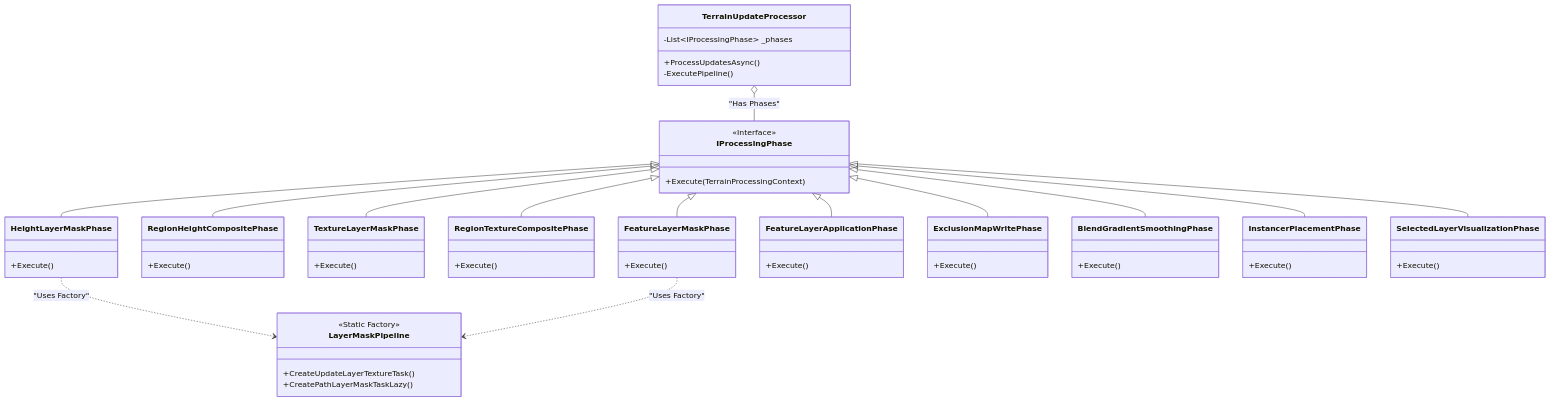
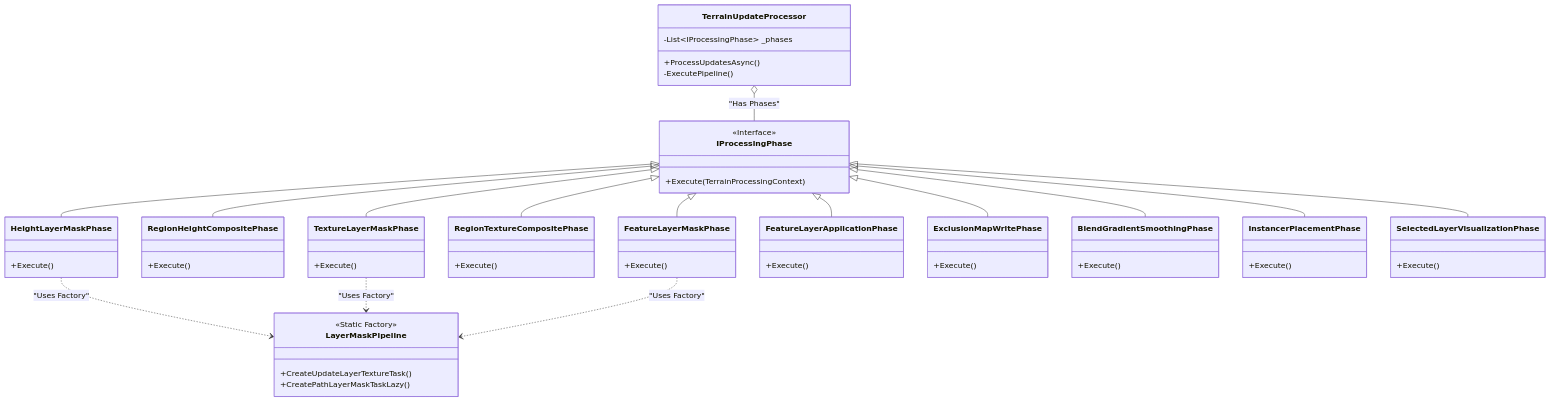
The third of 5 diagrams in UML_ARCHITECTURE.md (OldGnuts/Terrain3D_Layer_Tool), drawn with Mermaid before and after one commit. The commit also changed other lines of this file, not shown here.

````diff
--- a/UML_ARCHITECTURE.md
+++ b/UML_ARCHITECTURE.md
@@ -142,48 +160,49 @@
 ```mermaid
 classDiagram
     class TerrainUpdateProcessor {
         -List~IProcessingPhase~ _phases
         +ProcessUpdatesAsync()
         -ExecutePipeline()
     }
 
     class IProcessingPhase {
         <<Interface>>
         +Execute(TerrainProcessingContext)
     }
 
     %% --- The 10 Phases ---
     class HeightLayerMaskPhase { +Execute() }
     class RegionHeightCompositePhase { +Execute() }
     class TextureLayerMaskPhase { +Execute() }
     class RegionTextureCompositePhase { +Execute() }
     class FeatureLayerMaskPhase { +Execute() }
     class FeatureLayerApplicationPhase { +Execute() }
     class ExclusionMapWritePhase { +Execute() }
     class BlendGradientSmoothingPhase { +Execute() }
     class InstancerPlacementPhase { +Execute() }
     class SelectedLayerVisualizationPhase { +Execute() }
 
     %% --- Factory ---
     class LayerMaskPipeline {
         <<Static Factory>>
         +CreateUpdateLayerTextureTask()
         +CreatePathLayerMaskTaskLazy()
     }
 
     %% --- Relationships ---
     TerrainUpdateProcessor o-- IProcessingPhase : "Has Phases"
     IProcessingPhase <|-- HeightLayerMaskPhase
     IProcessingPhase <|-- RegionHeightCompositePhase
     IProcessingPhase <|-- TextureLayerMaskPhase
     IProcessingPhase <|-- RegionTextureCompositePhase
     IProcessingPhase <|-- FeatureLayerMaskPhase
     IProcessingPhase <|-- FeatureLayerApplicationPhase
     IProcessingPhase <|-- ExclusionMapWritePhase
     IProcessingPhase <|-- BlendGradientSmoothingPhase
     IProcessingPhase <|-- InstancerPlacementPhase
     IProcessingPhase <|-- SelectedLayerVisualizationPhase
     
     HeightLayerMaskPhase ..> LayerMaskPipeline : "Uses Factory"
+    TextureLayerMaskPhase ..> LayerMaskPipeline : "Uses Factory"
     FeatureLayerMaskPhase ..> LayerMaskPipeline : "Uses Factory"
 ```
````
